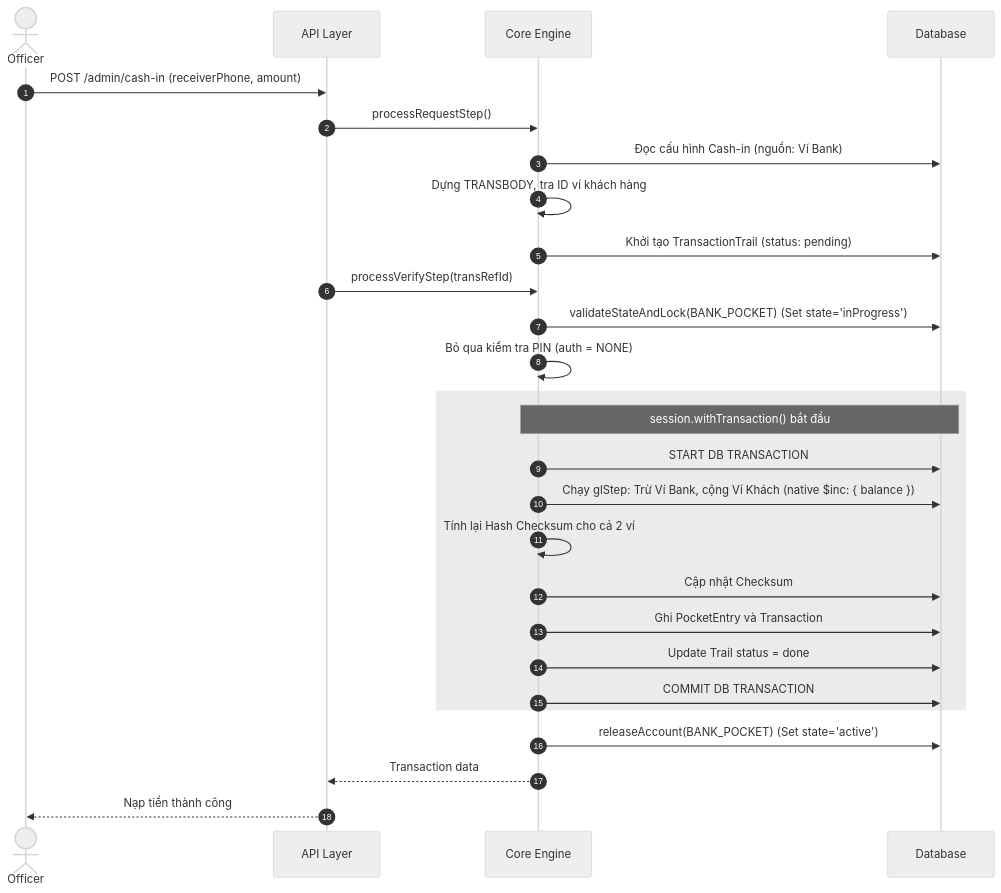
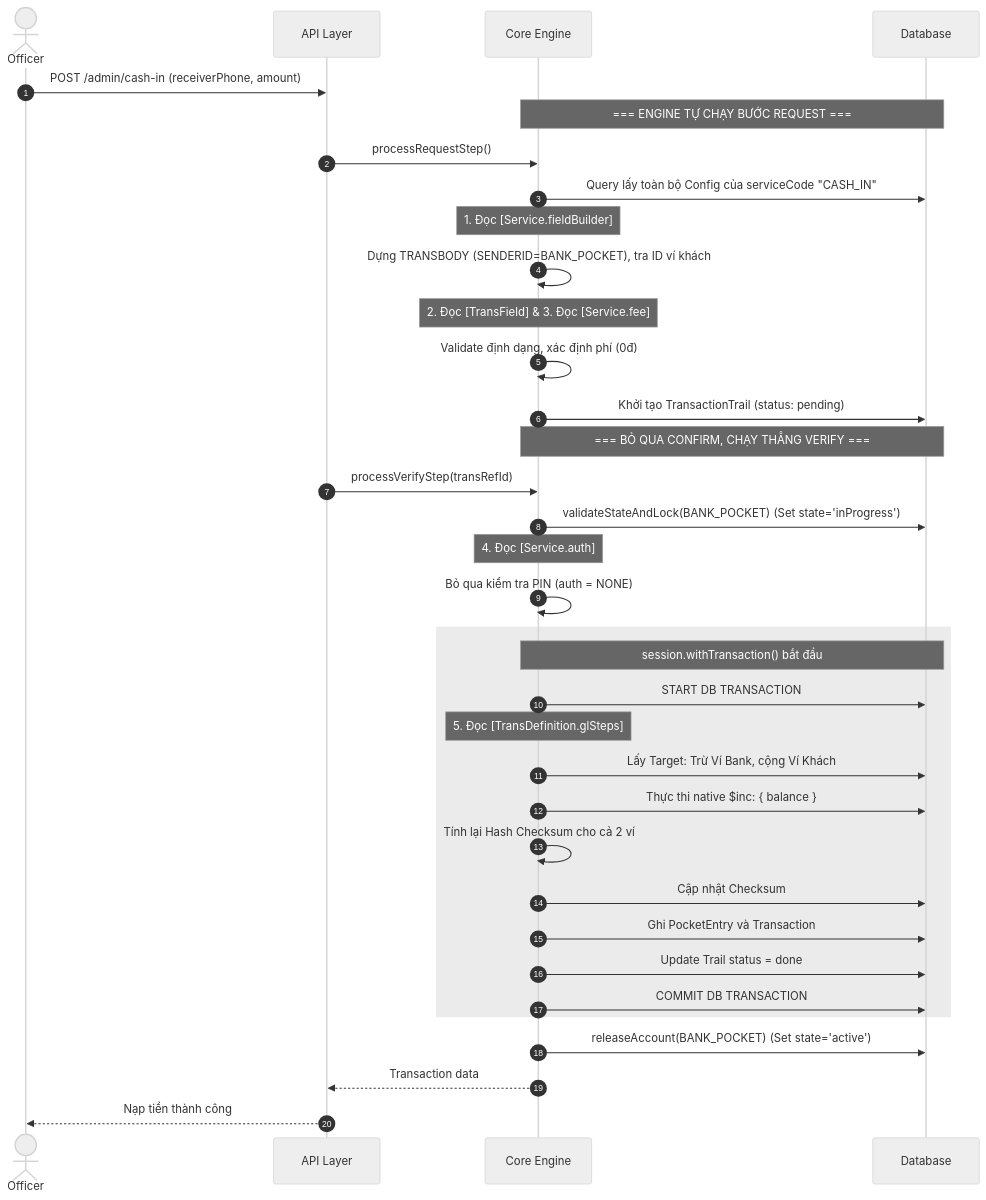
One commit to DLdevcoder/MINI-WALLET changed the second of 3 diagrams in docs/Sequence diagram/Sequence.md. Above: the diagram before and after it, drawn with Mermaid (neutral theme). The commit also changed other lines of this file, not shown here.

Commit message:
docs: fix sequence

````diff
--- a/docs/Sequence diagram/Sequence.md
+++ b/docs/Sequence diagram/Sequence.md
@@ -87,36 +105,49 @@
 ```mermaid
 sequenceDiagram
     autonumber
     actor O as Officer
     participant A as API Layer
     participant E as Core Engine
     participant D as Database
 
     O->>A: POST /admin/cash-in (receiverPhone, amount)
 
     %% REQUEST
+    Note over E,D: === ENGINE TỰ CHẠY BƯỚC REQUEST ===
     A->>E: processRequestStep()
-    E->>D: Đọc cấu hình Cash-in (nguồn: Ví Bank)
-    E->>E: Dựng TRANSBODY, tra ID ví khách hàng
+    E->>D: Query lấy toàn bộ Config của serviceCode "CASH_IN"
+
+    Note over E: 1. Đọc [Service.fieldBuilder]
+    E->>E: Dựng TRANSBODY (SENDERID=BANK_POCKET), tra ID ví khách
+
+    Note over E: 2. Đọc [TransField] & 3. Đọc [Service.fee]
+    E->>E: Validate định dạng, xác định phí (0đ)
+
     E->>D: Khởi tạo TransactionTrail (status: pending)
 
     %% VERIFY (BỎ QUA CONFIRM)
+    Note over E,D: === BỎ QUA CONFIRM, CHẠY THẲNG VERIFY ===
     A->>E: processVerifyStep(transRefId)
     E->>D: validateStateAndLock(BANK_POCKET) (Set state='inProgress')
+
+    Note over E: 4. Đọc [Service.auth]
     E->>E: Bỏ qua kiểm tra PIN (auth = NONE)
 
     rect rgba(120, 120, 120, 0.15)
         Note over E,D: session.withTransaction() bắt đầu
         E->>D: START DB TRANSACTION
-        E->>D: Chạy glStep: Trừ Ví Bank, cộng Ví Khách (native $inc: { balance })
+
+        Note over E: 5. Đọc [TransDefinition.glSteps]
+        E->>D: Lấy Target: Trừ Ví Bank, cộng Ví Khách
+        E->>D: Thực thi native $inc: { balance }
         E->>E: Tính lại Hash Checksum cho cả 2 ví
         E->>D: Cập nhật Checksum
         E->>D: Ghi PocketEntry và Transaction
         E->>D: Update Trail status = done
         E->>D: COMMIT DB TRANSACTION
     end
 
     E->>D: releaseAccount(BANK_POCKET) (Set state='active')
     E-->>A: Transaction data
     A-->>O: Nạp tiền thành công
 ```
````
